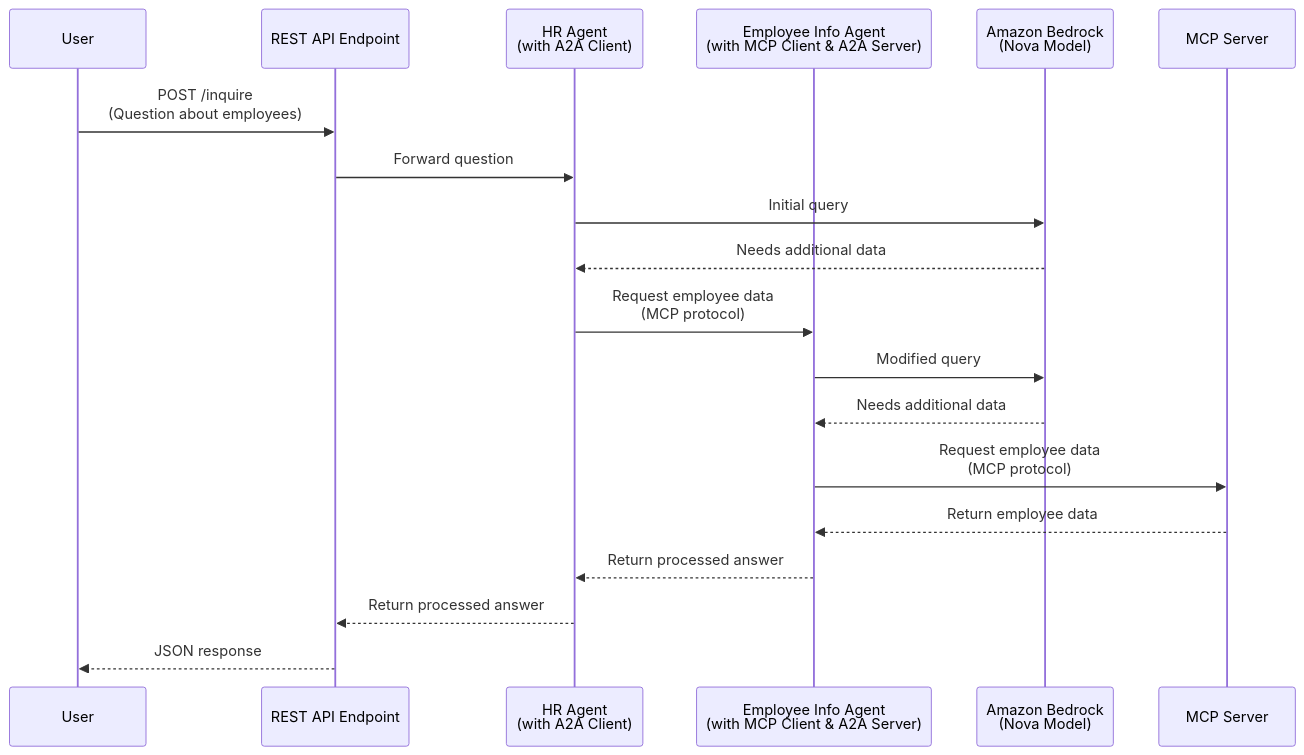
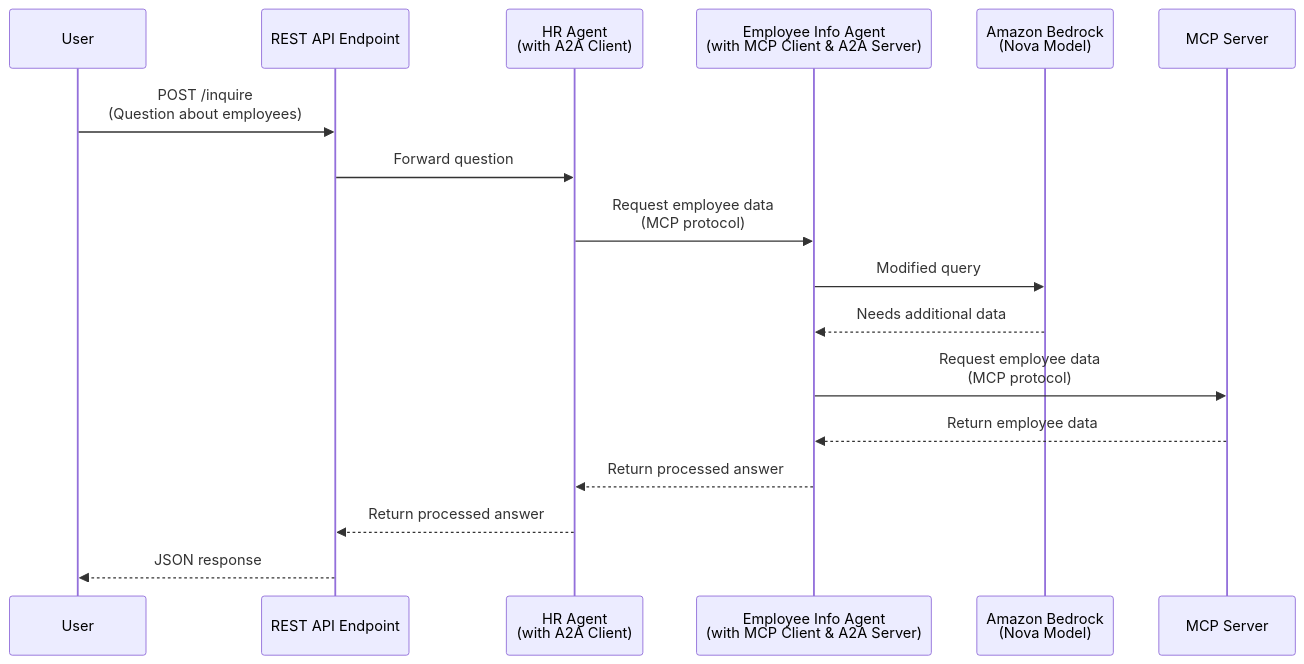
Before and after one commit to aws-samples/sample-agentic-ai-demos: the diagram in modules/strands-a2a-inter-agent/README.md, drawn with Mermaid. The commit also changed other lines of this file and 2 other files, not shown here.

````diff
--- a/modules/strands-a2a-inter-agent/README.md
+++ b/modules/strands-a2a-inter-agent/README.md
@@ -4,25 +4,22 @@
 ```mermaid
 sequenceDiagram
     participant User
     participant REST as REST API Endpoint
     participant Agent1 as HR Agent<br/>(with A2A Client)
     participant Agent2 as Employee Info Agent<br/>(with MCP Client & A2A Server)
     participant Bedrock as Amazon Bedrock<br/>(Nova Model)
     participant MCP_Server as MCP Server
 
     User->>REST: POST /inquire<br/>(Question about employees)
     REST->>Agent1: Forward question
 
-    Agent1->>Bedrock: Initial query
-    Bedrock-->>Agent1: Needs additional data
-
     Agent1->>Agent2: Request employee data<br/>(MCP protocol)
     Agent2->>Bedrock: Modified query
     Bedrock-->>Agent2: Needs additional data
     Agent2->>MCP_Server: Request employee data<br/>(MCP protocol)
     MCP_Server-->>Agent2: Return employee data
     Agent2-->>Agent1: Return processed answer
 
     Agent1-->>REST: Return processed answer
     REST-->>User: JSON response
 ```
````
